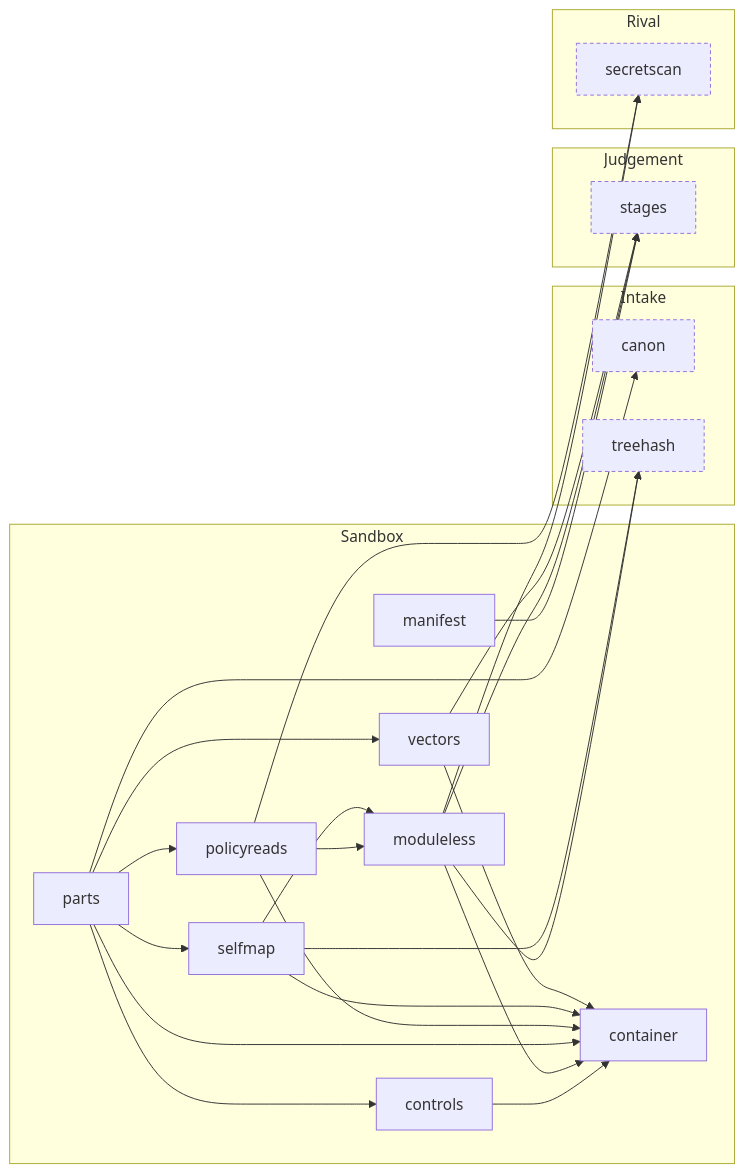
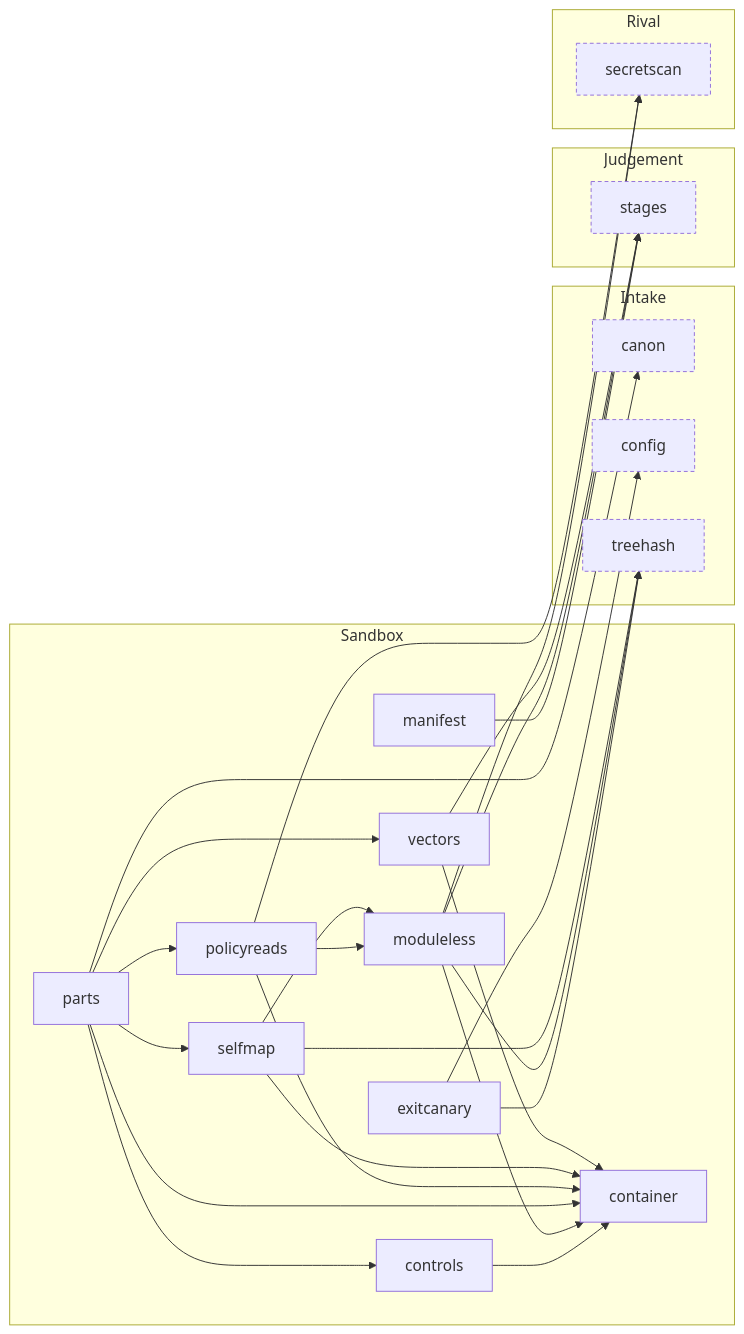
Before and after one commit to Okan-wqm/snowball-mcp: the fifth of 8 diagrams in docs/harita.md, drawn with Mermaid. The commit also changed other lines of this file and 19 other files, not shown here.

````diff
--- a/docs/harita.md
+++ b/docs/harita.md
@@ -246,44 +252,48 @@
 ```mermaid
 flowchart LR
   subgraph a_Sandbox["Sandbox"]
     m_container["container"]
     m_controls["controls"]
+    m_exitcanary["exitcanary"]
     m_manifest["manifest"]
     m_moduleless["moduleless"]
     m_parts["parts"]
     m_policyreads["policyreads"]
     m_selfmap["selfmap"]
     m_vectors["vectors"]
   end
   subgraph a_Intake["Intake"]
     m_canon["canon"]:::outside
+    m_config["config"]:::outside
     m_treehash["treehash"]:::outside
   end
   subgraph a_Judgement["Judgement"]
     m_stages["stages"]:::outside
   end
   subgraph a_Rival["Rival"]
     m_secretscan["secretscan"]:::outside
   end
   m_controls --> m_container
+  m_exitcanary --> m_config
+  m_exitcanary --> m_treehash
   m_manifest --> m_stages
   m_moduleless --> m_container
   m_moduleless --> m_secretscan
   m_moduleless --> m_stages
   m_moduleless --> m_treehash
   m_parts --> m_canon
   m_parts --> m_container
   m_parts --> m_controls
   m_parts --> m_policyreads
   m_parts --> m_selfmap
   m_parts --> m_vectors
   m_policyreads --> m_container
   m_policyreads --> m_moduleless
   m_policyreads --> m_secretscan
   m_selfmap --> m_container
   m_selfmap --> m_moduleless
   m_selfmap --> m_treehash
   m_vectors --> m_container
   m_vectors --> m_stages
   classDef outside stroke-dasharray: 4 3
 ```
````
